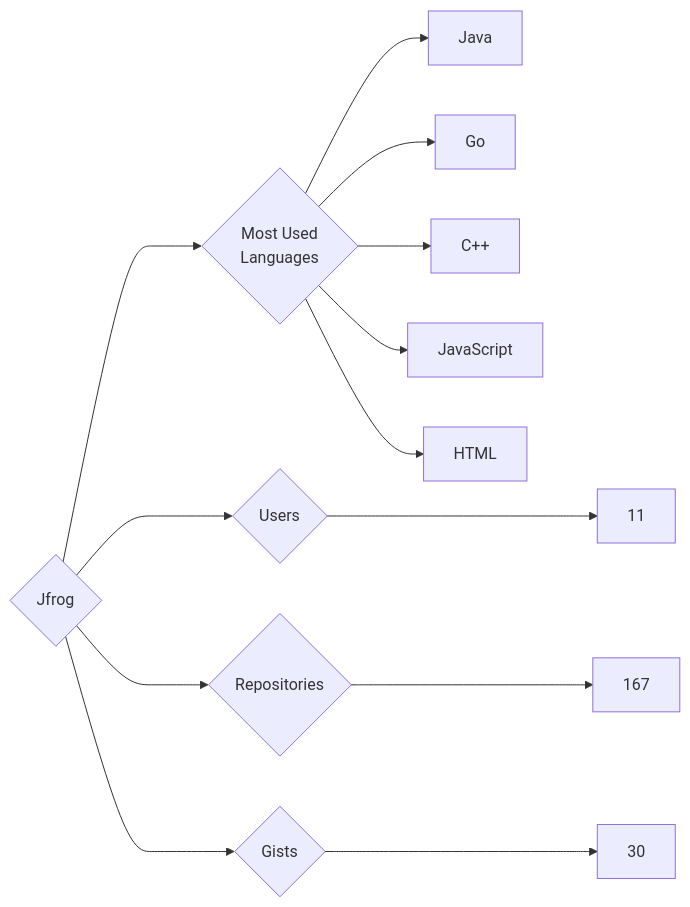
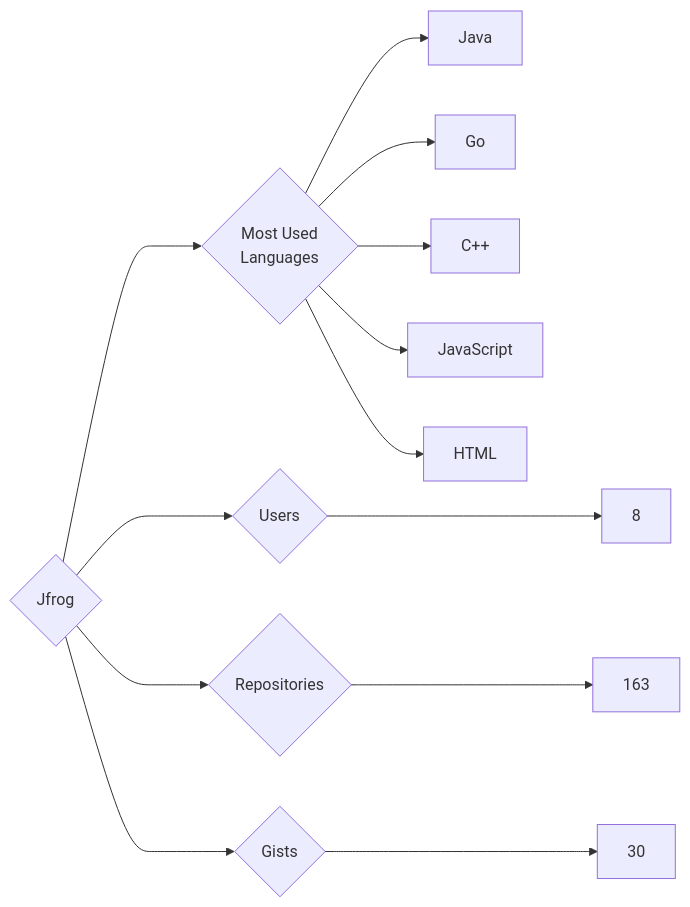
Before and after one commit to trickest/insiders: the diagram in targets/Jfrog/README.md, drawn with Mermaid. The commit also changed 718 other files, not shown here.

````diff
--- a/targets/Jfrog/README.md
+++ b/targets/Jfrog/README.md
@@ -3,13 +3,13 @@
 ```mermaid
 graph LR
 COMPANY_NAME{Jfrog}
-COMPANY_NAME ---> U{Users} ---> UN[11]
-COMPANY_NAME ---> R{Repositories} ---> RN[167]
+COMPANY_NAME ---> U{Users} ---> UN[8]
+COMPANY_NAME ---> R{Repositories} ---> RN[163]
 COMPANY_NAME ---> G{Gists} ---> GN[30]
 COMPANY_NAME ---> ML{Most Used<br>Languages}
 ML --> Java[Java]
 ML --> Go[Go]
 ML --> C++[C++]
 ML --> JavaScript[JavaScript]
 ML --> HTML[HTML]
 ```
````
